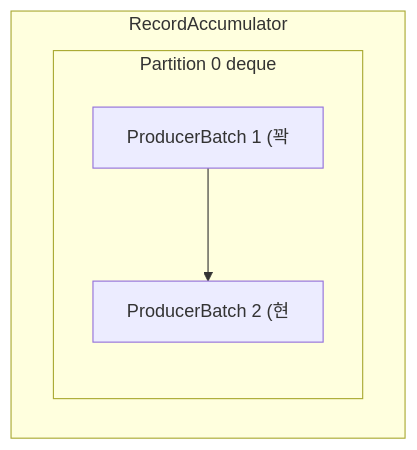
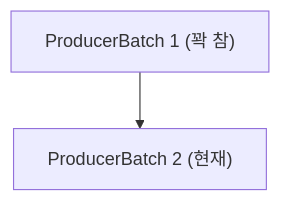
The second of 21 diagrams in _posts/kafka/2026-05-01-kafka-internals.md (yjkim2015/yjkim2015.github.io), drawn with Mermaid before and after one commit. The commit also changed other lines of this file and 155 other files, not shown here.

First line of the commit message:
Mermaid 전면 수정: subgraph 제거, participant/노드/줄수 축소 (342블록)

````diff
--- a/_posts/kafka/2026-05-01-kafka-internals.md
+++ b/_posts/kafka/2026-05-01-kafka-internals.md
@@ -30,10 +30,4 @@
 ```mermaid
 graph TD
-    subgraph acc["RecordAccumulator"]
-        subgraph p0["Partition 0 deque"]
-            B1["ProducerBatch 1 (꽉"]
-            B2["ProducerBatch 2 (현"]
-            B1 --> B2
-        end
-    end
+    B1["ProducerBatch 1 (꽉 참)"] --> B2["ProducerBatch 2 (현재)"]
 ```
````
